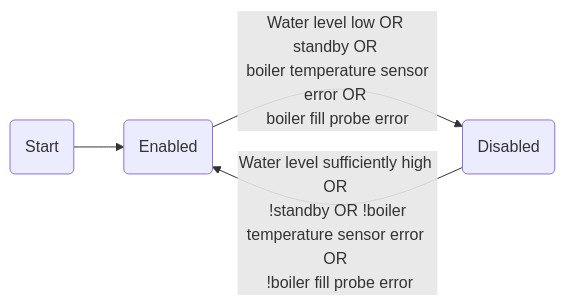
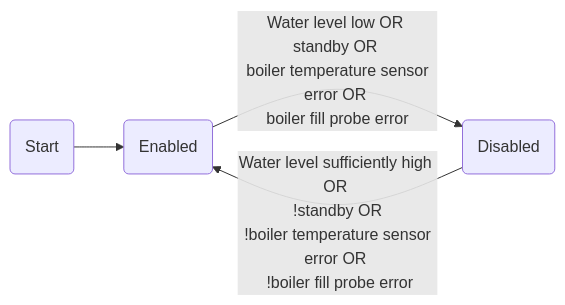
The first of 3 diagrams in README.md (ggramlich26/BZ10_upgrade), drawn with Mermaid before and after one commit. The commit also changed other lines of this file, not shown here.

````diff
--- a/README.md
+++ b/README.md
@@ -27,9 +19,9 @@
 ```mermaid
 graph LR
 enabled(Enabled)
 disabled(Disabled)
 start(Start)
 enabled -- Water level low OR standby OR <br> boiler temperature sensor error OR <br>boiler fill probe error--> disabled
-disabled -- Water level sufficiently high OR <br> !standby OR !boiler temperature sensor error OR <br> !boiler fill probe error-->enabled
+disabled -- Water level sufficiently high OR <br> !standby OR <br> !boiler temperature sensor error OR <br> !boiler fill probe error-->enabled
 start --> enabled
 ```
````
